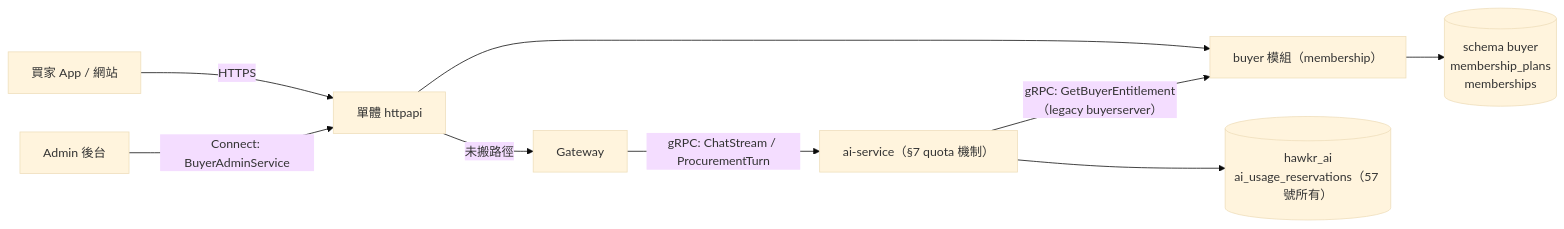
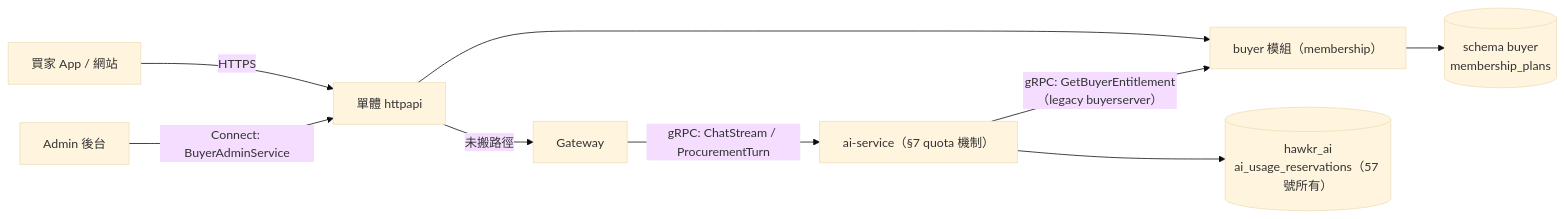
One commit to Will413028/hawkr changed the first of 4 diagrams in backend/docs/詳細設計書/59-買家會員分級與 Agent 額度方案（Buyer Membership & Entitlement）詳細設計書.md. Above: the diagram before and after it, drawn with Mermaid (base theme). The commit also changed other lines of this file and 6 other files, not shown here.

First line of the commit message:
docs(backend): drop deleted RPC references from buyer.proto and update membership design doc

````diff
--- a/backend/docs/詳細設計書/59-買家會員分級與 Agent 額度方案（Buyer Membership & Entitlement）詳細設計書.md
+++ b/backend/docs/詳細設計書/59-買家會員分級與 Agent 額度方案（Buyer Membership & Entitlement）詳細設計書.md
@@ -51,11 +51,11 @@
 ```mermaid
 flowchart LR
   App["買家 App / 網站"] -->|HTTPS| MONO["單體 httpapi"]
   Admin["Admin 後台"] -->|"Connect: BuyerAdminService"| MONO
   MONO --> BS["buyer 模組（membership）"]
   MONO -->|"未搬路徑"| GW[Gateway]
   GW -->|"gRPC: ChatStream / ProcurementTurn"| AI["ai-service（§7 quota 機制）"]
   AI -->|"gRPC: GetBuyerEntitlement（legacy buyerserver）"| BS
-  BS --> BSDB[("schema buyer<br/>membership_plans<br/>memberships")]
+  BS --> BSDB[("schema buyer<br/>membership_plans")]
   AI --> AIDB[("hawkr_ai<br/>ai_usage_reservations（57 號所有）")]
 ```
````
